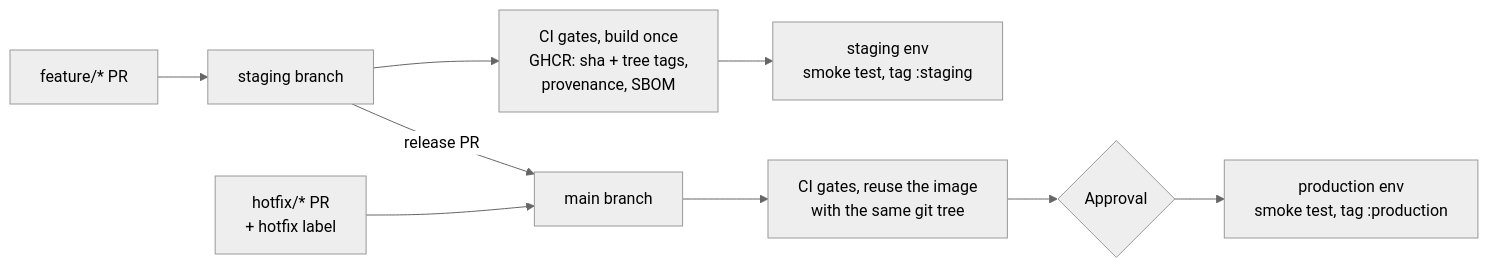
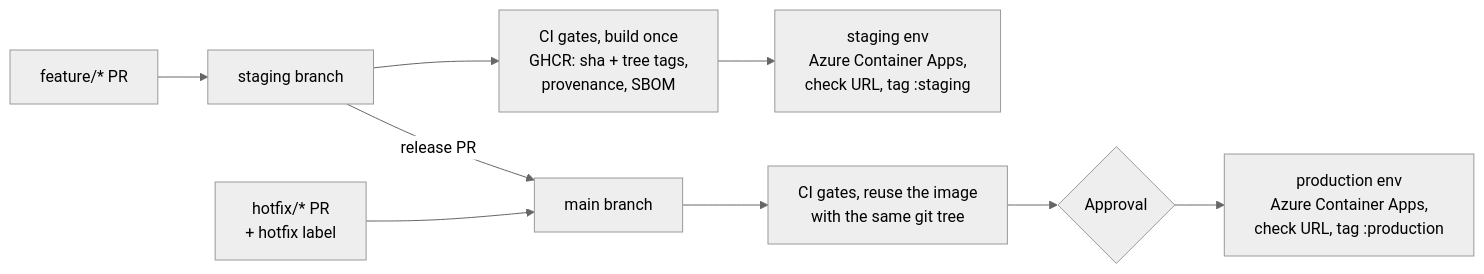
Before and after one commit to hudson-m/doc-triage: the third of 3 diagrams in README.md, drawn with Mermaid (neutral theme). The commit also changed other lines of this file and 5 other files, not shown here.

First line of the commit message:
Deploy each environment to Azure Container Apps with OIDC

````diff
--- a/README.md
+++ b/README.md
@@ -63,11 +63,11 @@
 ```mermaid
 flowchart LR
   F[feature/* PR] --> S[staging branch]
   S --> B[CI gates, build once<br/>GHCR: sha + tree tags,<br/>provenance, SBOM]
-  B --> SE[staging env<br/>smoke test, tag :staging]
+  B --> SE[staging env<br/>Azure Container Apps,<br/>check URL, tag :staging]
   S -- release PR --> M[main branch]
   H[hotfix/* PR<br/>+ hotfix label] --> M
   M --> R[CI gates, reuse the image<br/>with the same git tree]
   R --> A{Approval}
-  A --> PE[production env<br/>smoke test, tag :production]
+  A --> PE[production env<br/>Azure Container Apps,<br/>check URL, tag :production]
 ```
````
